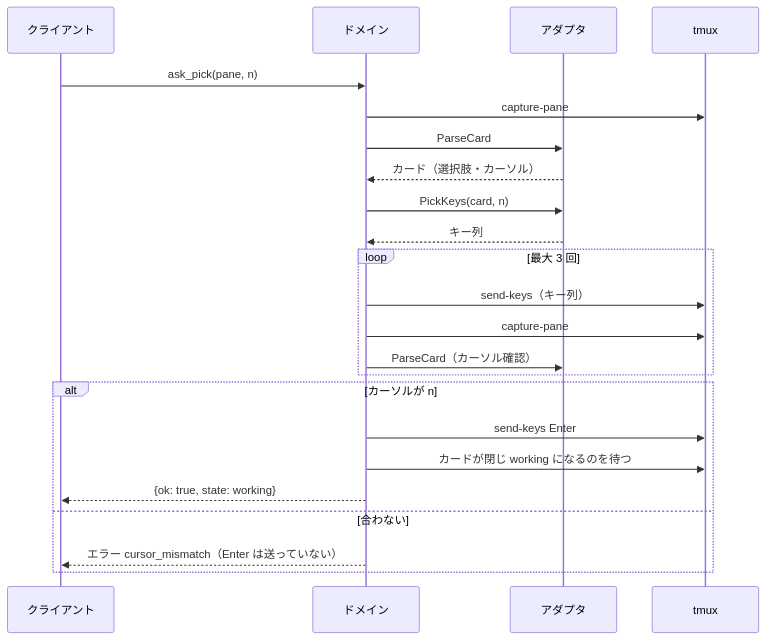
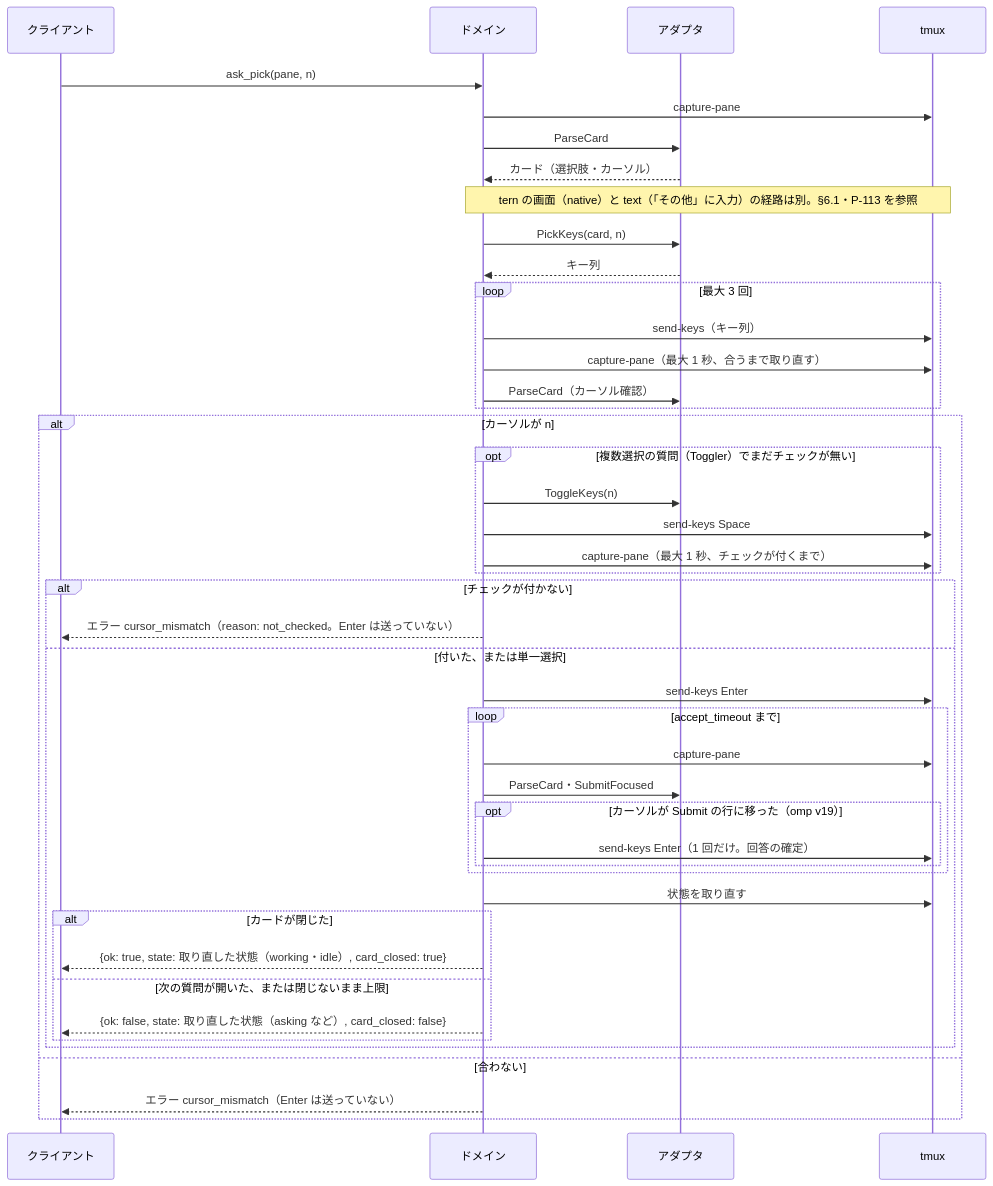
One commit to ousiassllc/swarm-console changed the fifth of 6 diagrams in docs/architecture/overview.md. Above: the diagram before and after it, drawn with Mermaid. The commit also changed other lines of this file and 2 other files, not shown here.

Commit message:
docs: ask_pick のシーケンス図と flowchart を PickAsk の分岐に合わせる
Refs #142

````diff
--- a/docs/architecture/overview.md
+++ b/docs/architecture/overview.md
@@ -164,26 +164,47 @@
 ```mermaid
 sequenceDiagram
     participant C as クライアント
     participant D as ドメイン
     participant AD as アダプタ
     participant X as tmux
 
     C->>D: ask_pick(pane, n)
     D->>X: capture-pane
     D->>AD: ParseCard
     AD-->>D: カード（選択肢・カーソル）
+    Note over D,X: tern の画面（native）と text（「その他」に入力）の経路は別。§6.1・P-113 を参照
     D->>AD: PickKeys(card, n)
     AD-->>D: キー列
     loop 最大 3 回
         D->>X: send-keys（キー列）
-        D->>X: capture-pane
+        D->>X: capture-pane（最大 1 秒、合うまで取り直す）
         D->>AD: ParseCard（カーソル確認）
     end
     alt カーソルが n
-        D->>X: send-keys Enter
-        D->>X: カードが閉じ working になるのを待つ
-        D-->>C: {ok: true, state: working}
+        opt 複数選択の質問（Toggler）でまだチェックが無い
+            D->>AD: ToggleKeys(n)
+            D->>X: send-keys Space
+            D->>X: capture-pane（最大 1 秒、チェックが付くまで）
+        end
+        alt チェックが付かない
+            D-->>C: エラー cursor_mismatch（reason: not_checked。Enter は送っていない）
+        else 付いた、または単一選択
+            D->>X: send-keys Enter
+            loop accept_timeout まで
+                D->>X: capture-pane
+                D->>AD: ParseCard・SubmitFocused
+                opt カーソルが Submit の行に移った（omp v19）
+                    D->>X: send-keys Enter（1 回だけ。回答の確定）
+                end
+            end
+            D->>X: 状態を取り直す
+            alt カードが閉じた
+                D-->>C: {ok: true, state: 取り直した状態（working・idle）, card_closed: true}
+            else 次の質問が開いた、または閉じないまま上限
+                D-->>C: {ok: false, state: 取り直した状態（asking など）, card_closed: false}
+            end
+        end
     else 合わない
         D-->>C: エラー cursor_mismatch（Enter は送っていない）
     end
 ```
````
